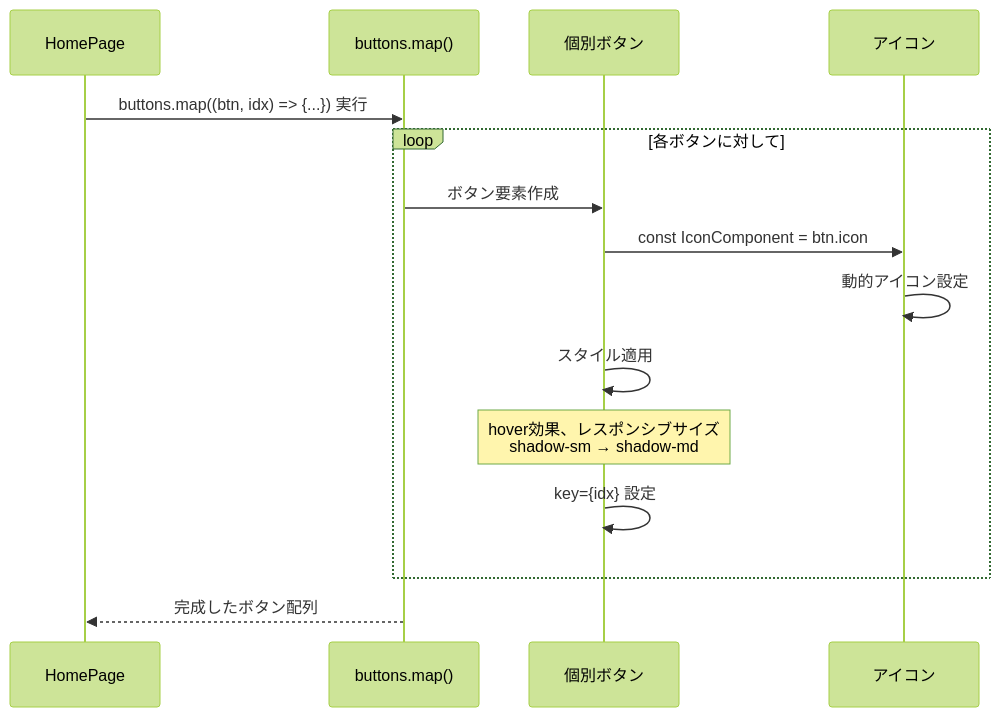
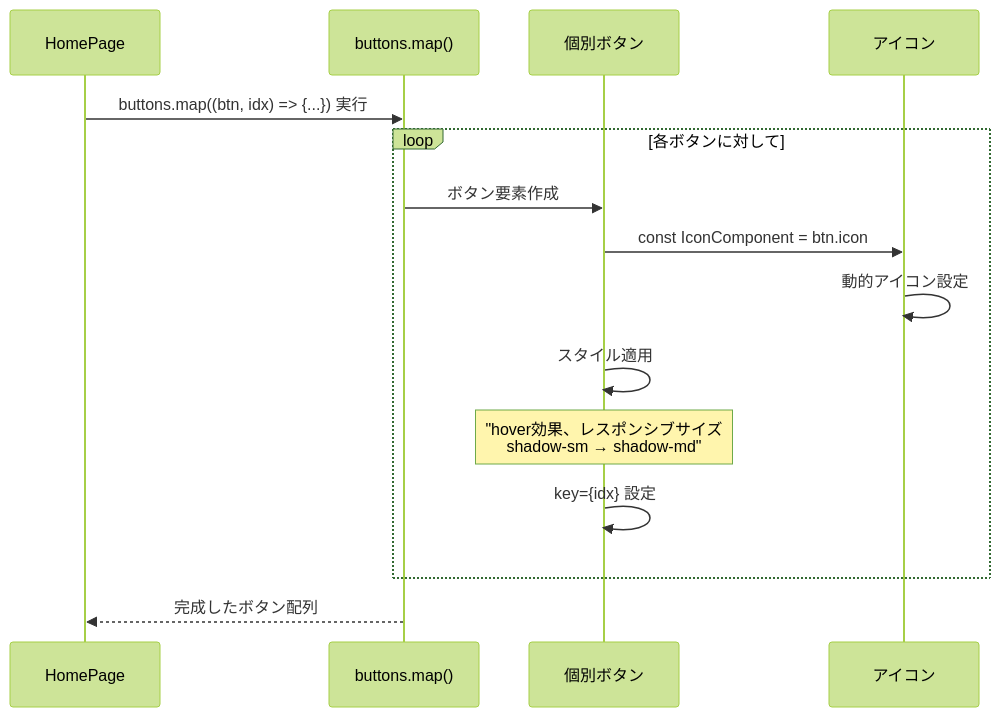
The fourth of 9 diagrams in document/pages/sequence/Home.md (wasabi49/ocs-systemDevelopmentExercises), drawn with Mermaid (forest theme) before and after one commit. The commit also changed other lines of this file and 42 other files, not shown here.

First line of the commit message:
fix: mermaidシーケンス図のNote over文でダブルクォーテーション不足を修正

````diff
--- a/document/pages/sequence/Home.md
+++ b/document/pages/sequence/Home.md
@@ -74,20 +74,20 @@
 ```mermaid
 sequenceDiagram
     participant Page as HomePage
     participant MapFunction as buttons.map()
     participant ButtonItem as 個別ボタン
     participant IconComponent as アイコン
 
     Page->>MapFunction: buttons.map((btn, idx) => {...}) 実行
     
     loop 各ボタンに対して
         MapFunction->>ButtonItem: ボタン要素作成
         ButtonItem->>IconComponent: const IconComponent = btn.icon
         IconComponent->>IconComponent: 動的アイコン設定
         ButtonItem->>ButtonItem: スタイル適用
-        Note over ButtonItem: hover効果、レスポンシブサイズ<br/>shadow-sm → shadow-md
+        Note over ButtonItem: "hover効果、レスポンシブサイズ<br/>shadow-sm → shadow-md"
         ButtonItem->>ButtonItem: key={idx} 設定
     end
     
     MapFunction-->>Page: 完成したボタン配列
 ```
````
